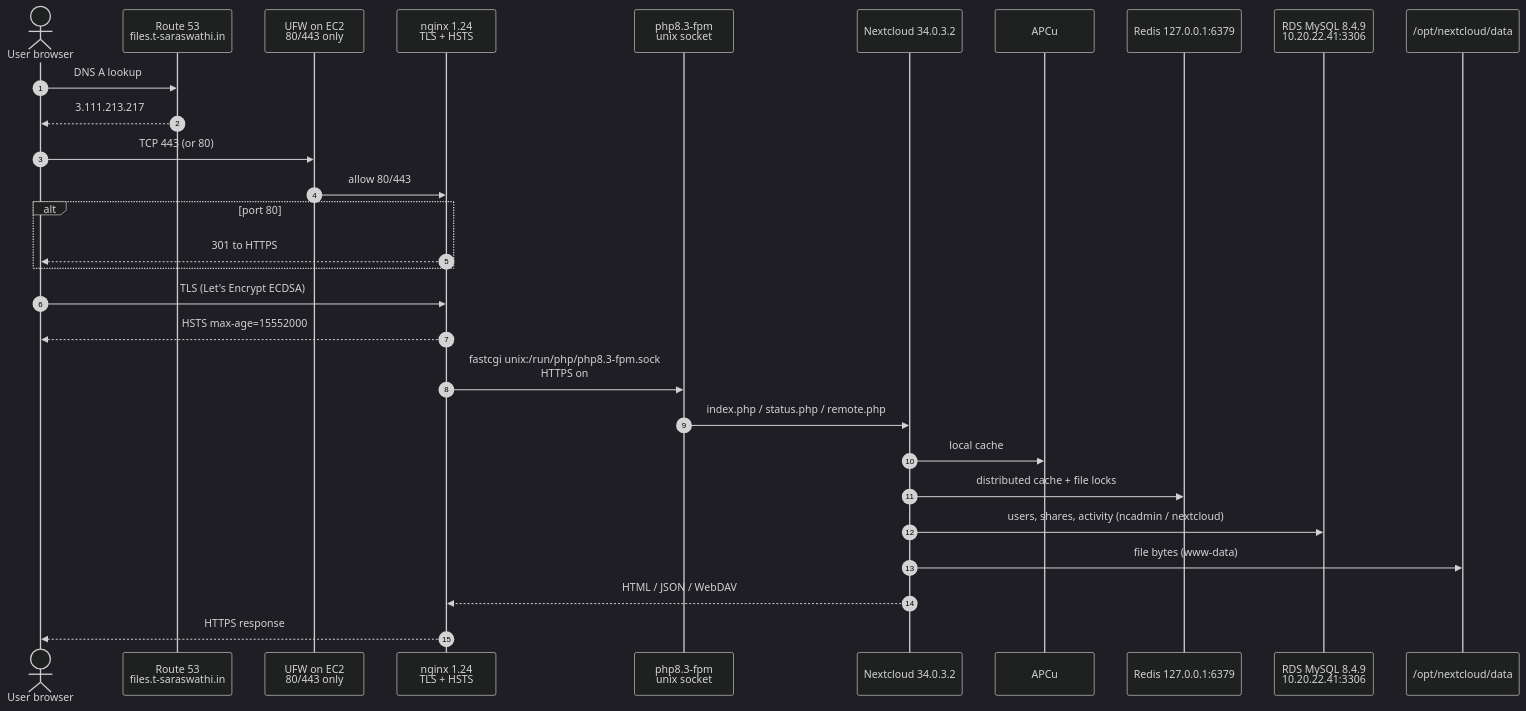
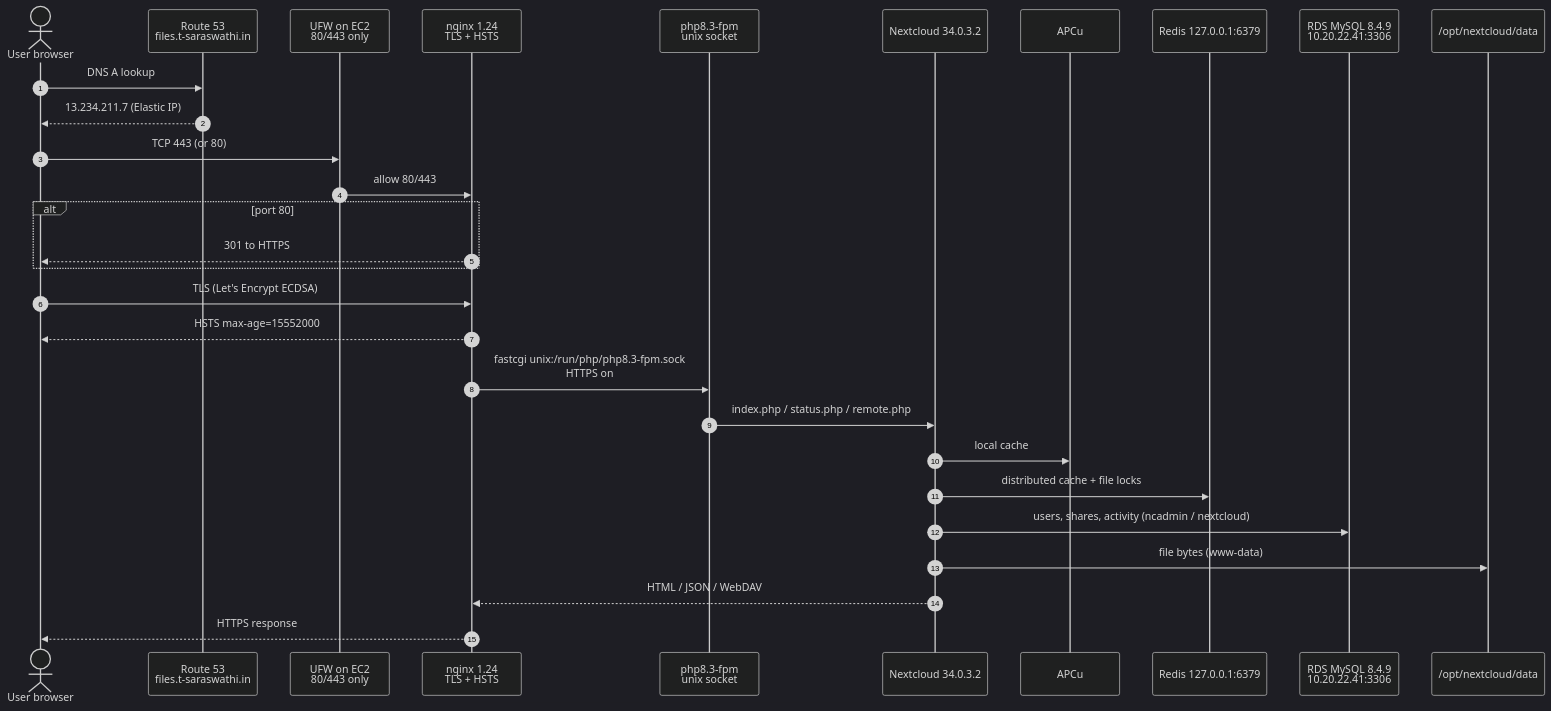
One commit to logeshps02/saraswathi_configs changed the third of 10 diagrams in 02-architecture/TECHNICAL_SNAPSHOT_AND_FLOW.md. Above: the diagram before and after it, drawn with Mermaid (dark theme). The commit also changed other lines of this file and 17 other files, not shown here.

````diff
--- a/02-architecture/TECHNICAL_SNAPSHOT_AND_FLOW.md
+++ b/02-architecture/TECHNICAL_SNAPSHOT_AND_FLOW.md
@@ -114,32 +114,32 @@
 ```mermaid
 sequenceDiagram
   autonumber
   actor User as User browser
   participant R53 as Route 53<br/>files.t-saraswathi.in
   participant UFW as UFW on EC2<br/>80/443 only
   participant NGX as nginx 1.24<br/>TLS + HSTS
   participant FPM as php8.3-fpm<br/>unix socket
   participant NC as Nextcloud 34.0.3.2
   participant APCU as APCu
   participant REDIS as Redis 127.0.0.1:6379
   participant RDS as RDS MySQL 8.4.9<br/>10.20.22.41:3306
   participant DISK as /opt/nextcloud/data
 
   User->>R53: DNS A lookup
-  R53-->>User: 3.111.213.217
+  R53-->>User: 13.234.211.7 (Elastic IP)
   User->>UFW: TCP 443 (or 80)
   UFW->>NGX: allow 80/443
   alt port 80
     NGX-->>User: 301 to HTTPS
   end
   User->>NGX: TLS (Let's Encrypt ECDSA)
   NGX-->>User: HSTS max-age=15552000
   NGX->>FPM: fastcgi unix:/run/php/php8.3-fpm.sock<br/>HTTPS on
   FPM->>NC: index.php / status.php / remote.php
   NC->>APCU: local cache
   NC->>REDIS: distributed cache + file locks
   NC->>RDS: users, shares, activity (ncadmin / nextcloud)
   NC->>DISK: file bytes (www-data)
   NC-->>NGX: HTML / JSON / WebDAV
   NGX-->>User: HTTPS response
 ```
````
